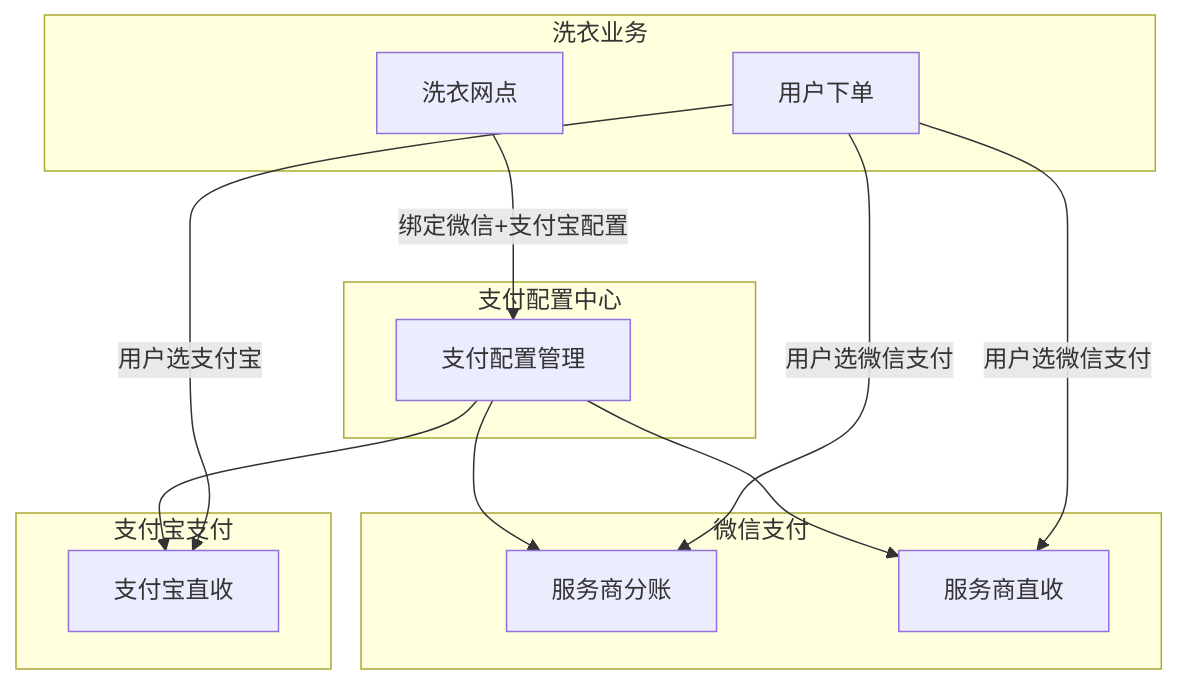
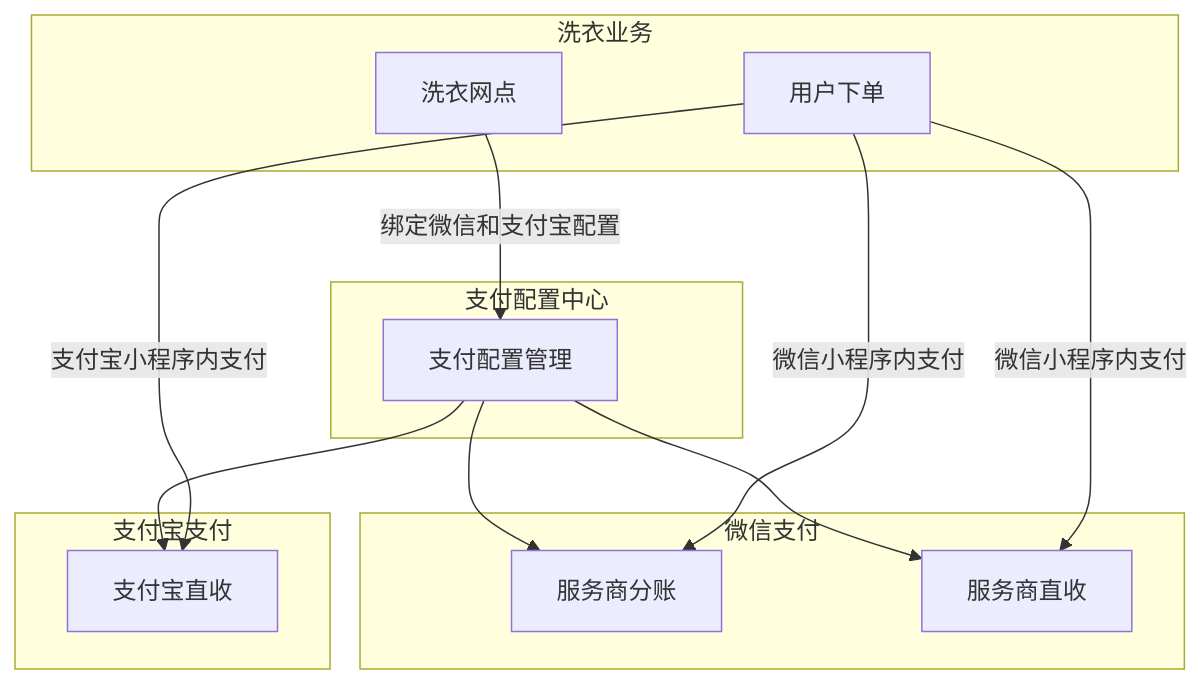
The second of 2 diagrams in docs/versions/v1.1.0/05-features/index.md (MarkTina/VitepressPRD), drawn with Mermaid before and after one commit. The commit also changed 7 other files, not shown here.

````diff
--- a/docs/versions/v1.1.0/05-features/index.md
+++ b/docs/versions/v1.1.0/05-features/index.md
@@ -35,29 +35,29 @@
 ```mermaid
 graph TD
     subgraph 支付配置中心
         Config[支付配置管理]
     end
 
     subgraph 微信支付
         WxSplit[服务商分账]
         WxDirect[服务商直收]
     end
 
     subgraph 支付宝支付
         AliDirect[支付宝直收]
     end
 
     subgraph 洗衣业务
         Site[洗衣网点]
         Order[用户下单]
     end
 
     Config --> WxSplit
     Config --> WxDirect
     Config --> AliDirect
 
-    Site -->|绑定微信+支付宝配置| Config
-    Order -->|用户选微信支付| WxSplit
-    Order -->|用户选微信支付| WxDirect
-    Order -->|用户选支付宝| AliDirect
+    Site -->|绑定微信和支付宝配置| Config
+    Order -->|微信小程序内支付| WxSplit
+    Order -->|微信小程序内支付| WxDirect
+    Order -->|支付宝小程序内支付| AliDirect
 ```
````
